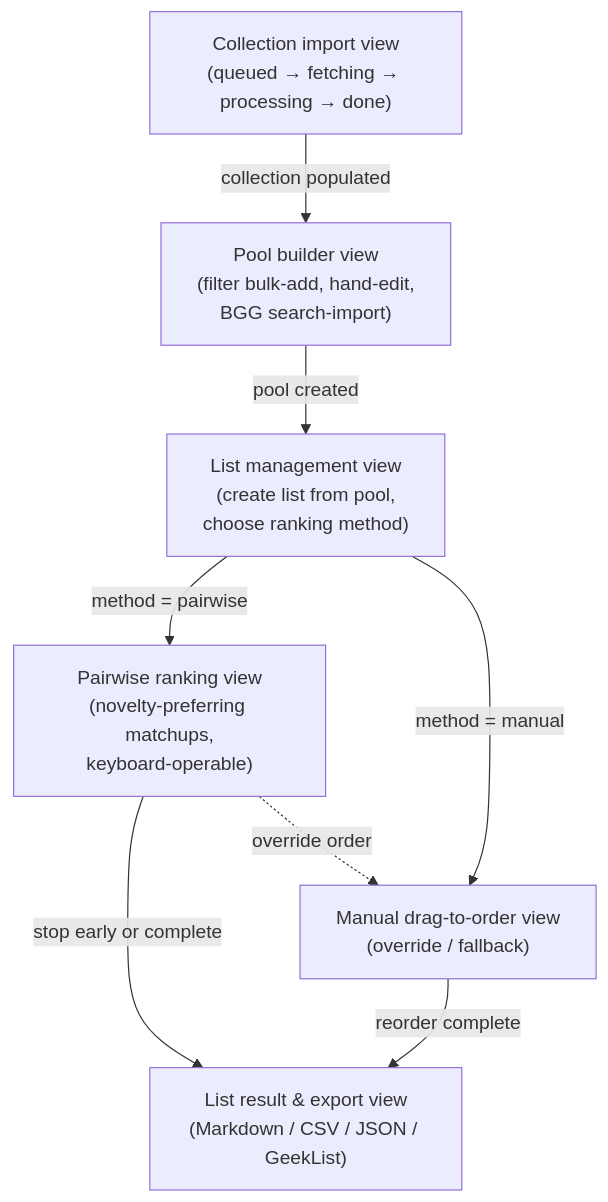
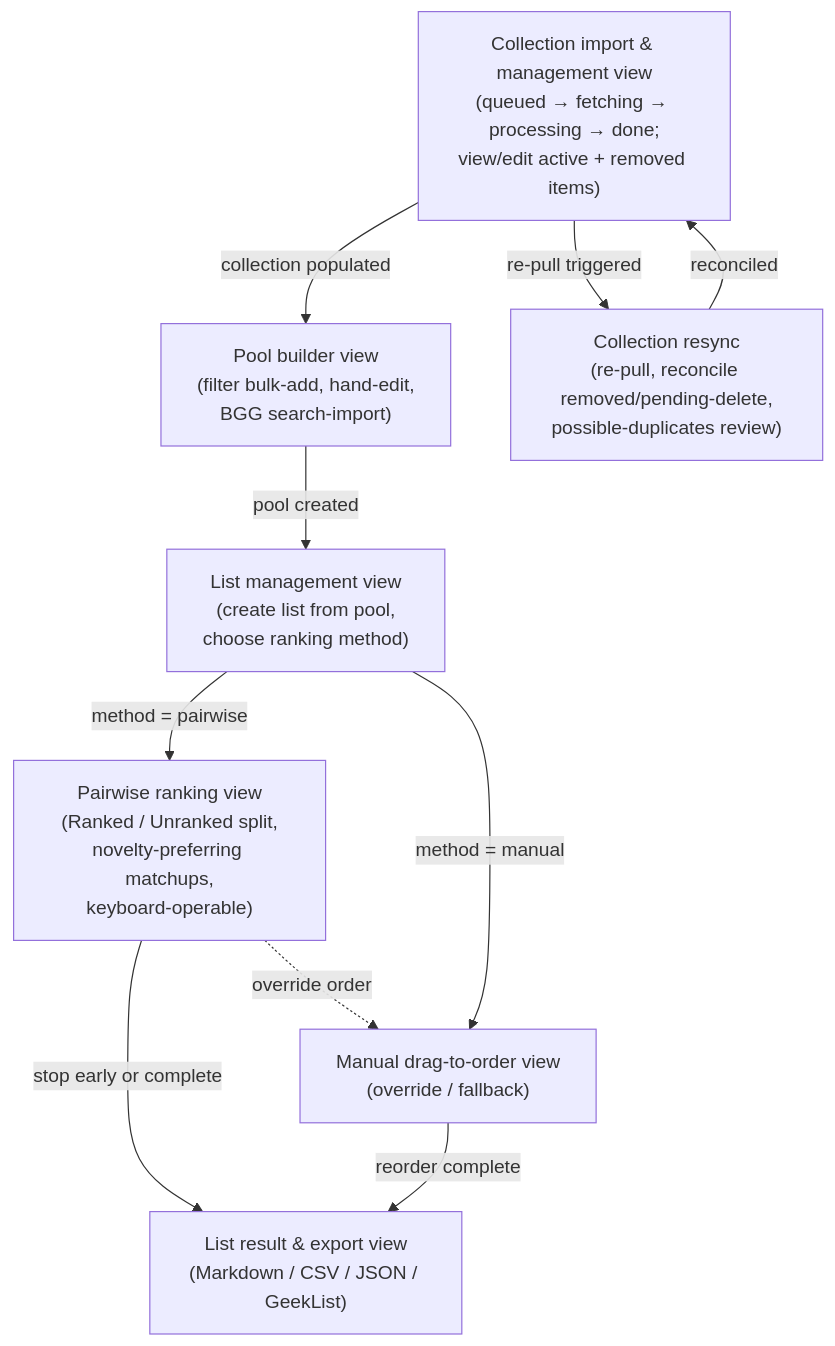
The third of 3 diagrams in README.md (moui72/yet-another-rank-games), drawn with Mermaid before and after one commit. The commit also changed other lines of this file and 4 other files, not shown here.

First line of the commit message:
Post-ship follow-up for collection-editing-and-resync: defects, diagrams, refine

````diff
--- a/README.md
+++ b/README.md
@@ -178,17 +189,20 @@
 ```mermaid
 graph TD
-    Import["Collection import view\n(queued → fetching → processing → done)"]
+    Import["Collection import & management view\n(queued → fetching → processing → done;\nview/edit active + removed items)"]
+    Resync["Collection resync\n(re-pull, reconcile removed/pending-delete,\npossible-duplicates review)"]
     PoolBuilder["Pool builder view\n(filter bulk-add, hand-edit,\nBGG search-import)"]
     ListMgmt["List management view\n(create list from pool,\nchoose ranking method)"]
-    Pairwise["Pairwise ranking view\n(novelty-preferring matchups,\nkeyboard-operable)"]
+    Pairwise["Pairwise ranking view\n(Ranked / Unranked split,\nnovelty-preferring matchups,\nkeyboard-operable)"]
     Manual["Manual drag-to-order view\n(override / fallback)"]
     Result["List result & export view\n(Markdown / CSV / JSON / GeekList)"]
 
     Import -->|collection populated| PoolBuilder
+    Import -->|re-pull triggered| Resync
+    Resync -->|reconciled| Import
     PoolBuilder -->|pool created| ListMgmt
     ListMgmt -->|method = pairwise| Pairwise
     ListMgmt -->|method = manual| Manual
     Pairwise -->|stop early or complete| Result
     Manual -->|reorder complete| Result
     Pairwise -.->|override order| Manual
 ```
````
